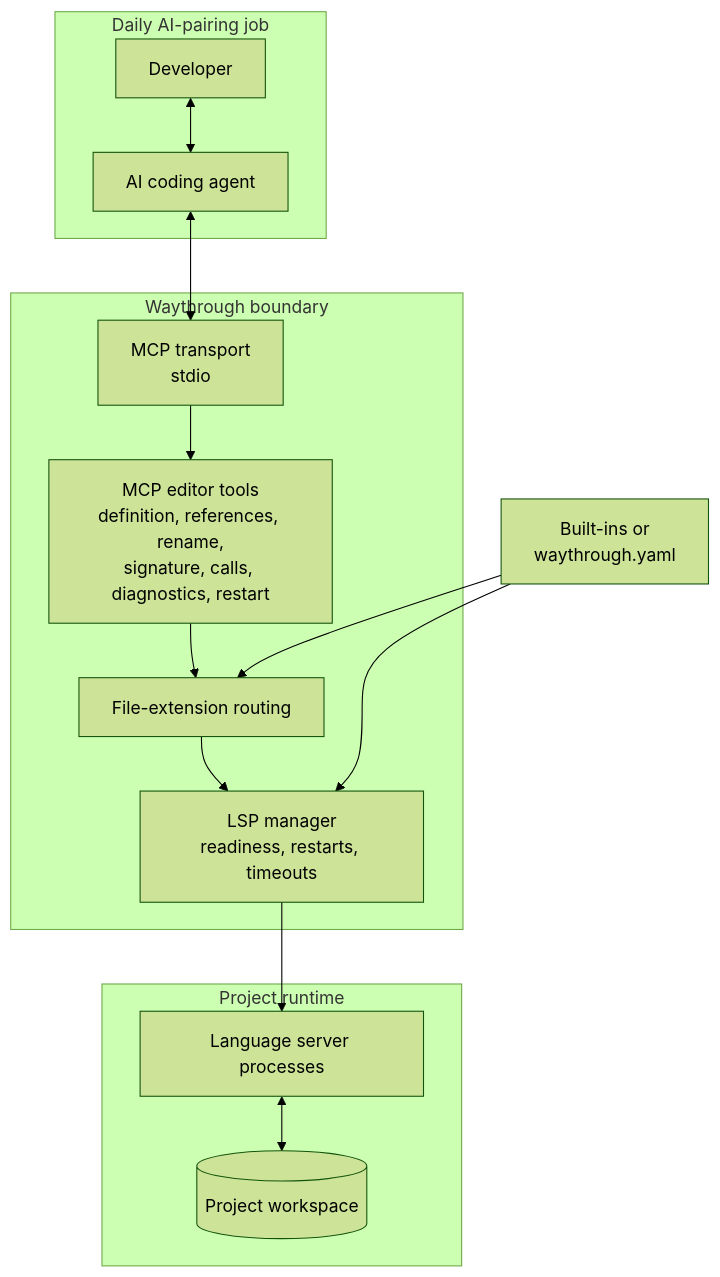
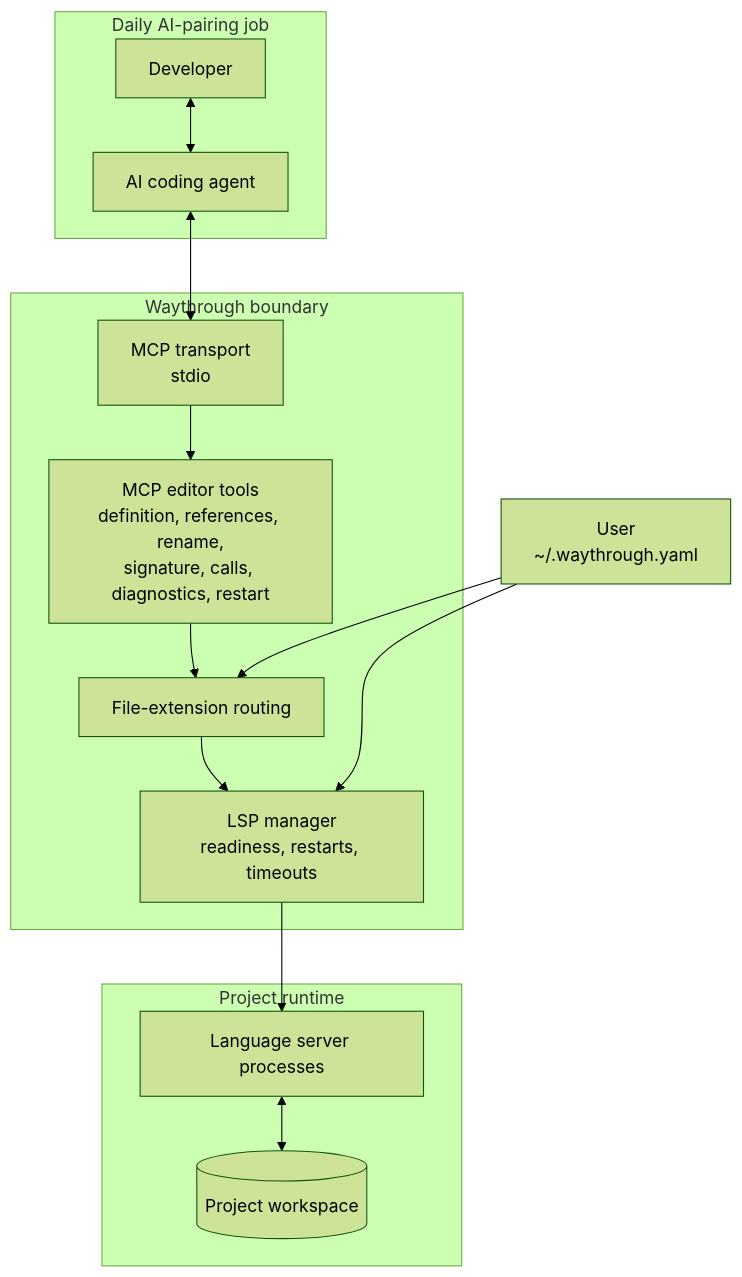
Before and after one commit to gustavofsantos/waythrough: the diagram in README.md, drawn with Mermaid (forest theme). The commit also changed other lines of this file and 12 other files, not shown here.

````diff
--- a/README.md
+++ b/README.md
@@ -27,27 +27,27 @@
 ```mermaid
 flowchart TB
   subgraph pairing["Daily AI-pairing job"]
     developer["Developer"] <--> agent["AI coding agent"]
   end
 
   subgraph waythrough["Waythrough boundary"]
     mcp["MCP transport<br/>stdio"]
     tools["MCP editor tools<br/>definition, references, rename,<br/>signature, calls, diagnostics, restart"]
     routing["File-extension routing"]
     lifecycle["LSP manager<br/>readiness, restarts, timeouts"]
 
     mcp --> tools --> routing --> lifecycle
   end
 
-  config["Built-ins or<br/>waythrough.yaml"] --> routing
+  config["User<br/>~/.waythrough.yaml"] --> routing
   config --> lifecycle
 
   subgraph runtime["Project runtime"]
     servers["Language server processes"]
     workspace[("Project workspace")]
     servers <--> workspace
   end
 
   agent <--> mcp
   lifecycle --> servers
 ```
````
